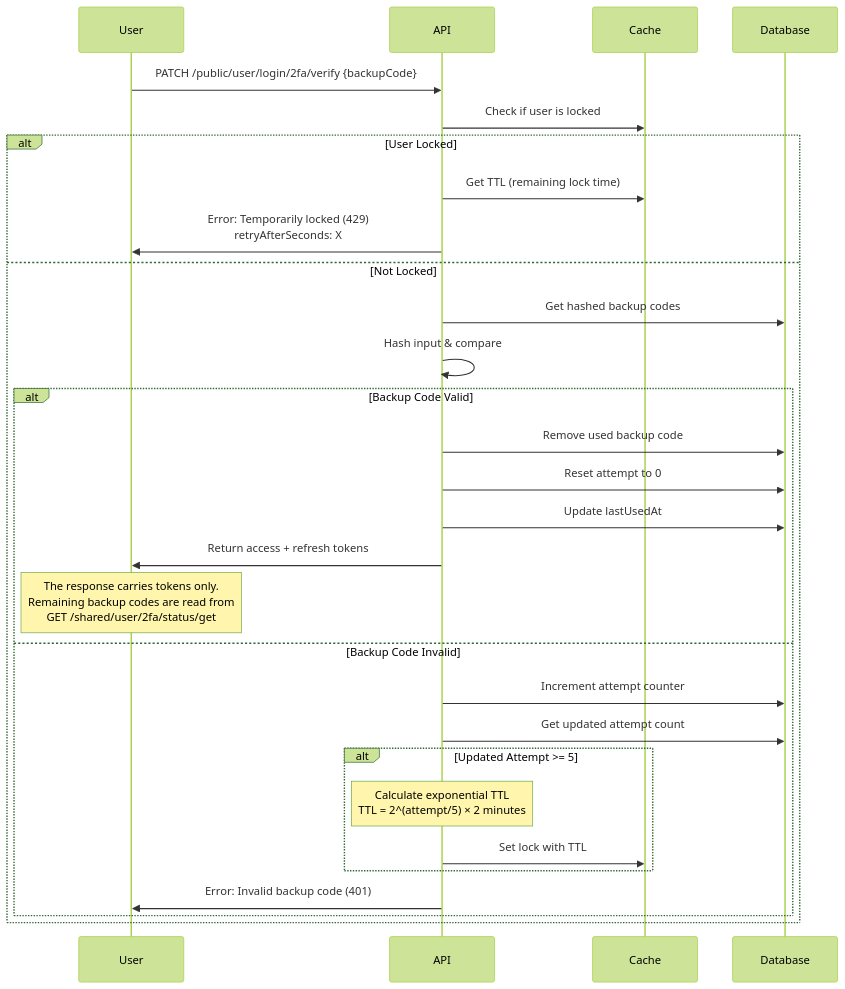
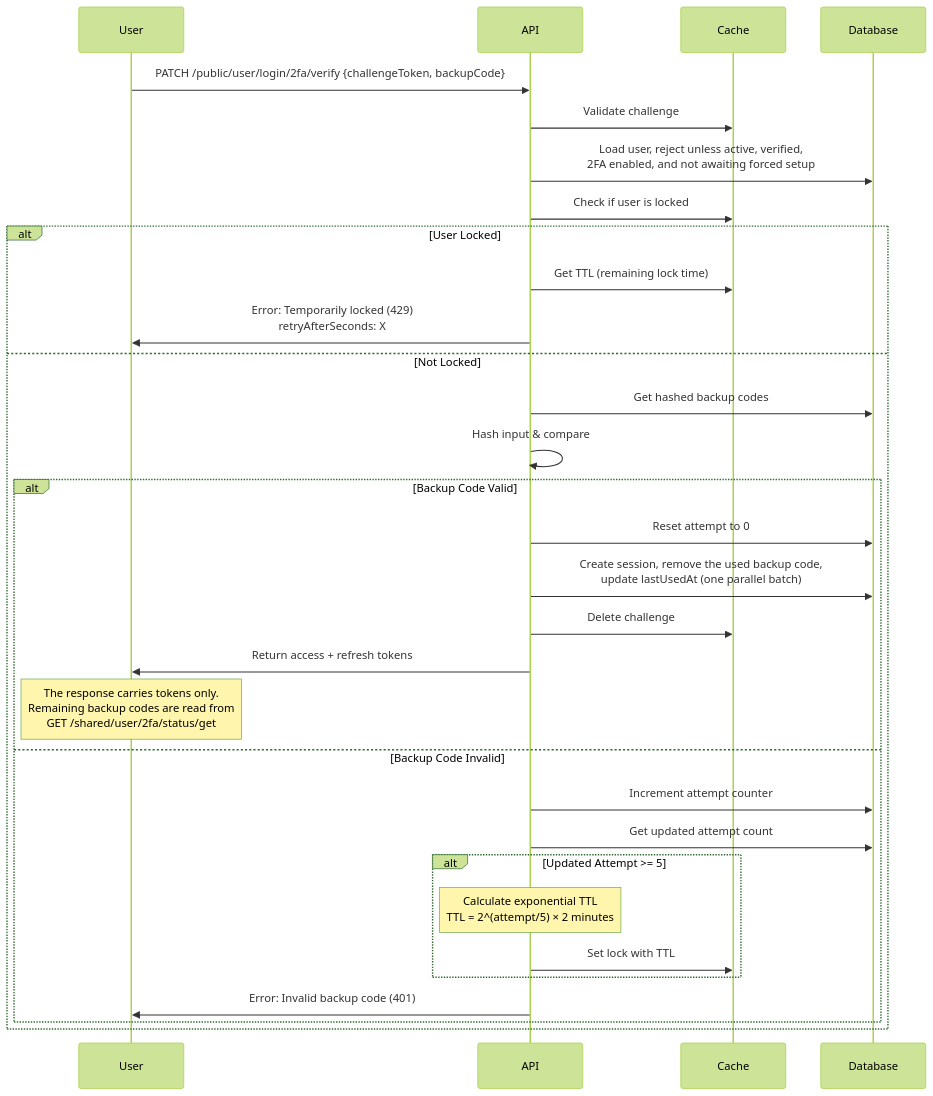
Before and after one commit to andrechristikan/ack-nestjs-boilerplate: the fourth of 9 diagrams in docs/two-factor.md, drawn with Mermaid (forest theme). The commit also changed other lines of this file and 62 other files, not shown here.

````diff
--- a/docs/two-factor.md
+++ b/docs/two-factor.md
@@ -284,32 +284,34 @@
 ```mermaid
 sequenceDiagram
     participant User
     participant API
     participant Cache
     participant Database
 
-    User->>API: PATCH /public/user/login/2fa/verify {backupCode}
+    User->>API: PATCH /public/user/login/2fa/verify {challengeToken, backupCode}
+    API->>Cache: Validate challenge
+    API->>Database: Load user, reject unless active, verified,<br/>2FA enabled, and not awaiting forced setup
     API->>Cache: Check if user is locked
     alt User Locked
         API->>Cache: Get TTL (remaining lock time)
         API->>User: Error: Temporarily locked (429)<br/>retryAfterSeconds: X
     else Not Locked
         API->>Database: Get hashed backup codes
         API->>API: Hash input & compare
         alt Backup Code Valid
-            API->>Database: Remove used backup code
             API->>Database: Reset attempt to 0
-            API->>Database: Update lastUsedAt
+            API->>Database: Create session, remove the used backup code,<br/>update lastUsedAt (one parallel batch)
+            API->>Cache: Delete challenge
             API->>User: Return access + refresh tokens
             Note over User: The response carries tokens only.<br/>Remaining backup codes are read from<br/>GET /shared/user/2fa/status/get
         else Backup Code Invalid
             API->>Database: Increment attempt counter
             API->>Database: Get updated attempt count
             alt Updated Attempt >= 5
                 Note over API: Calculate exponential TTL<br/>TTL = 2^(attempt/5) × 2 minutes
                 API->>Cache: Set lock with TTL
             end
             API->>User: Error: Invalid backup code (401)
         end
     end
 ```
````
